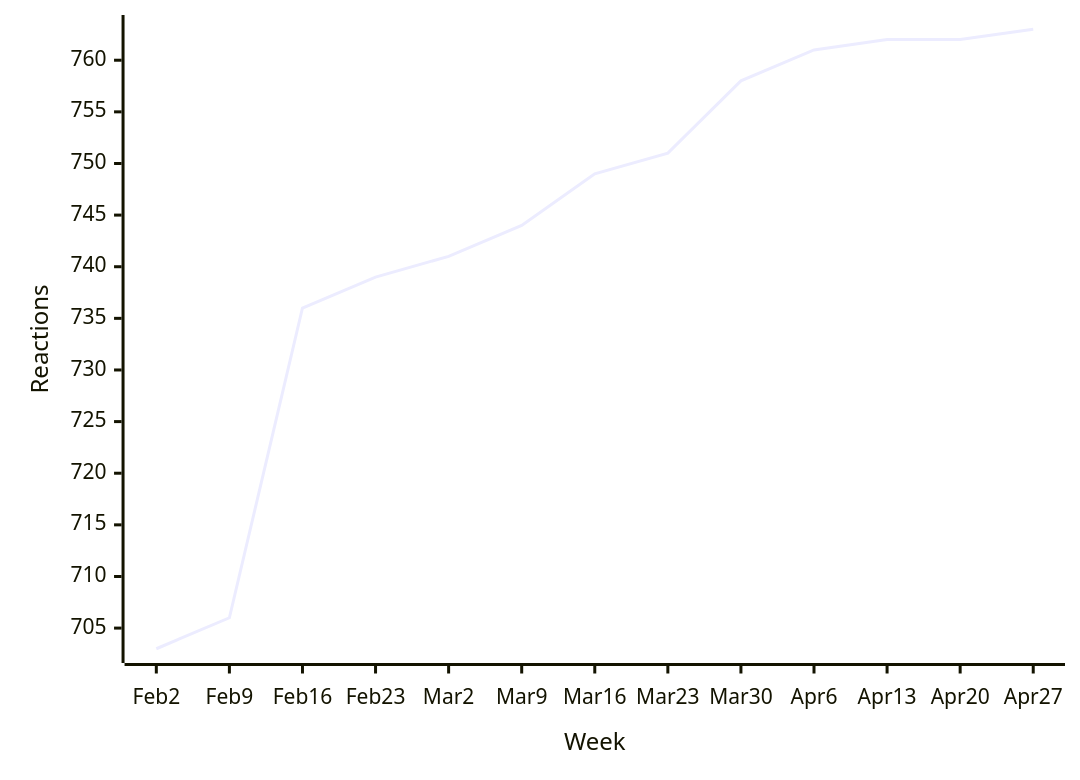
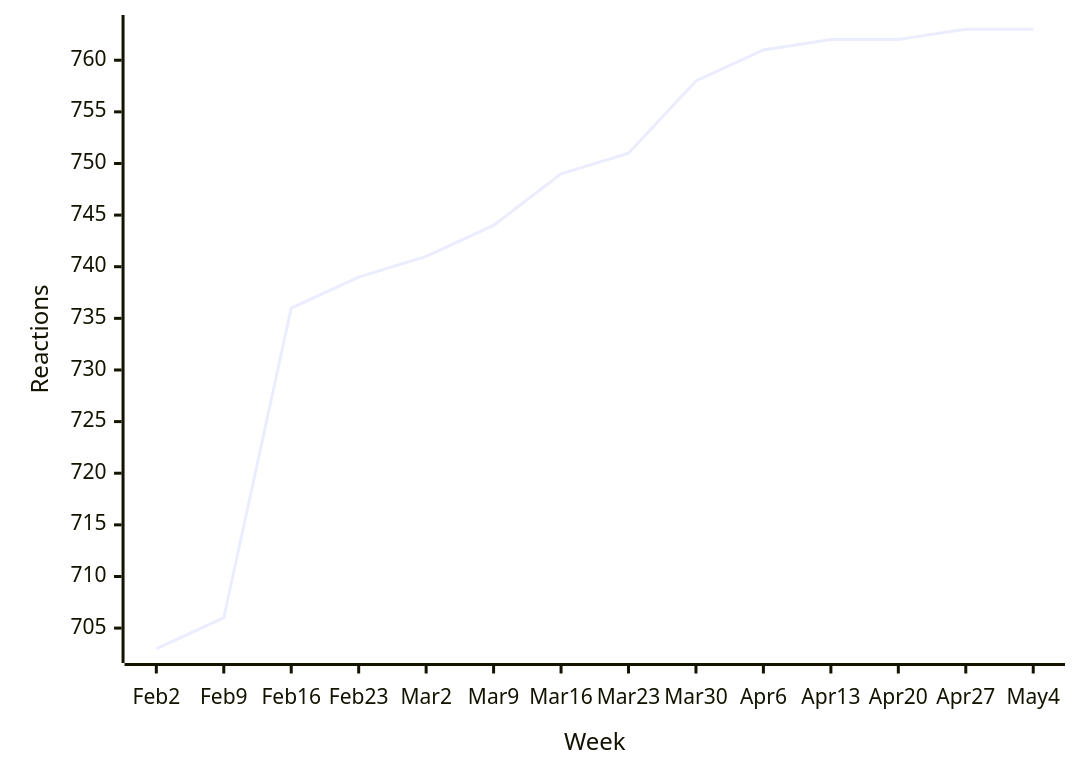
The second of 56 diagrams in README.md (loic-sharma/github-insights), drawn with Mermaid before and after one commit. The commit also changed other lines of this file and 3 other files, not shown here.

````diff
--- a/README.md
+++ b/README.md
@@ -356,6 +356,6 @@
   ```mermaid
   xychart-beta
-    x-axis "Week" [Feb 2, Feb 9, Feb 16, Feb 23, Mar 2, Mar 9, Mar 16, Mar 23, Mar 30, Apr 6, Apr 13, Apr 20, Apr 27]
+    x-axis "Week" [Feb 2, Feb 9, Feb 16, Feb 23, Mar 2, Mar 9, Mar 16, Mar 23, Mar 30, Apr 6, Apr 13, Apr 20, Apr 27, May 4]
     y-axis "Reactions"
-    line [703, 706, 736, 739, 741, 744, 749, 751, 758, 761, 762, 762, 763]
+    line [703, 706, 736, 739, 741, 744, 749, 751, 758, 761, 762, 762, 763, 763]
   ```
````
